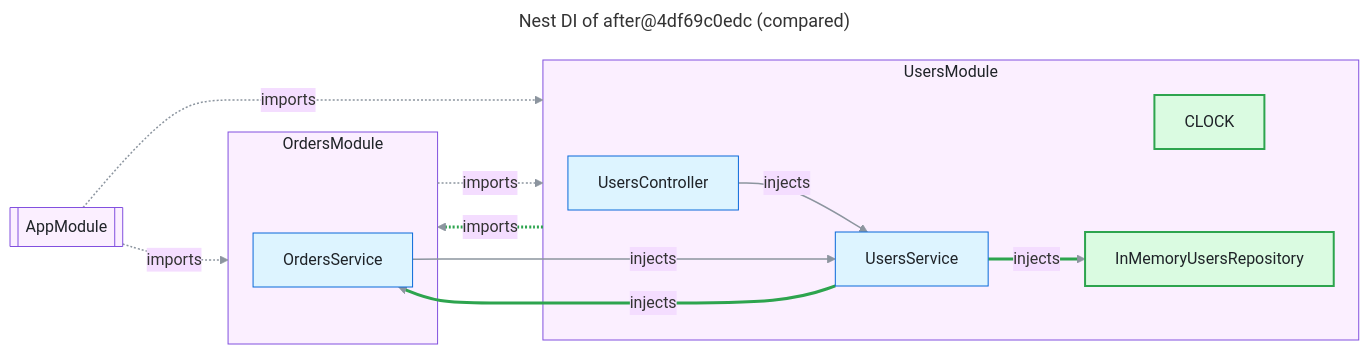
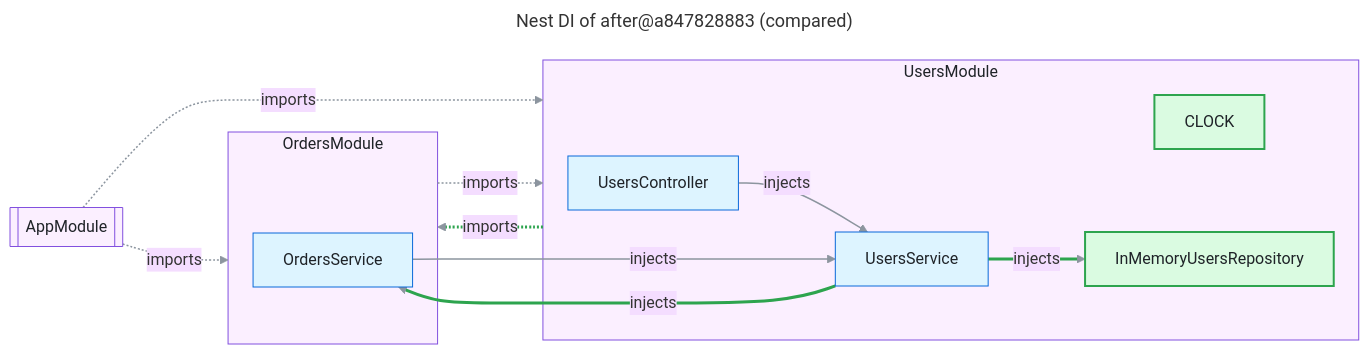
Before and after one commit to FullFran/archsieve: the diagram in examples/nest-shop/nest-compare.mmd, drawn with Mermaid (base theme). The commit also changed 11 other files, not shown here.

```diff
--- a/examples/nest-shop/nest-compare.mmd
+++ b/examples/nest-shop/nest-compare.mmd
@@ -1,38 +1,38 @@
 ---
-title: "Nest DI of after@4df69c0edc (compared)"
+title: "Nest DI of after@a847828883 (compared)"
 ---
 flowchart LR
   n1[["AppModule"]]:::module
   subgraph n2["OrdersModule"]
     n4["OrdersService"]:::code
   end
   style n2 fill:#fbefff,stroke:#8250df,color:#1f2328
   subgraph n3["UsersModule"]
     n0["UsersController"]:::code
     n5["CLOCK"]:::added
     n6["InMemoryUsersRepository"]:::added
     n7["UsersService"]:::code
   end
   style n3 fill:#fbefff,stroke:#8250df,color:#1f2328
   n0 -->|"injects"| n7
   n1 -.->|"imports"| n2
   n1 -.->|"imports"| n3
   n2 -.->|"imports"| n3
   n3 -.->|"imports"| n2
   n4 -->|"injects"| n7
   n7 -->|"injects"| n4
   n7 -->|"injects"| n6
   linkStyle default stroke:#8c959f,stroke-width:1.5px
   linkStyle 4 stroke:#2da44e,stroke-width:3px
   linkStyle 6 stroke:#2da44e,stroke-width:3px
   linkStyle 7 stroke:#2da44e,stroke-width:3px
   classDef code fill:#ddf4ff,stroke:#0969da,color:#1f2328
   classDef external fill:#fff8c5,stroke:#9a6700,color:#1f2328
   classDef module fill:#fbefff,stroke:#8250df,color:#1f2328
   classDef added fill:#dafbe1,stroke:#2da44e,stroke-width:2px,color:#1f2328
   classDef removed fill:#ffebe9,stroke:#cf222e,stroke-dasharray:4 3,color:#1f2328
   classDef boundary fill:#f6f8fa,stroke:#57606a,stroke-dasharray:6 4,color:#1f2328
   classDef container fill:#ddf4ff,stroke:#0969da,stroke-width:2px,color:#1f2328
   classDef unverified fill:#ffffff,stroke:#0969da,stroke-width:2px,stroke-dasharray:5 3,color:#1f2328
   classDef undeclared fill:#fff1e5,stroke:#bc4c00,stroke-width:2px,color:#1f2328
   classDef focus fill:#ddf4ff,stroke:#0969da,stroke-width:4px,color:#1f2328
```
